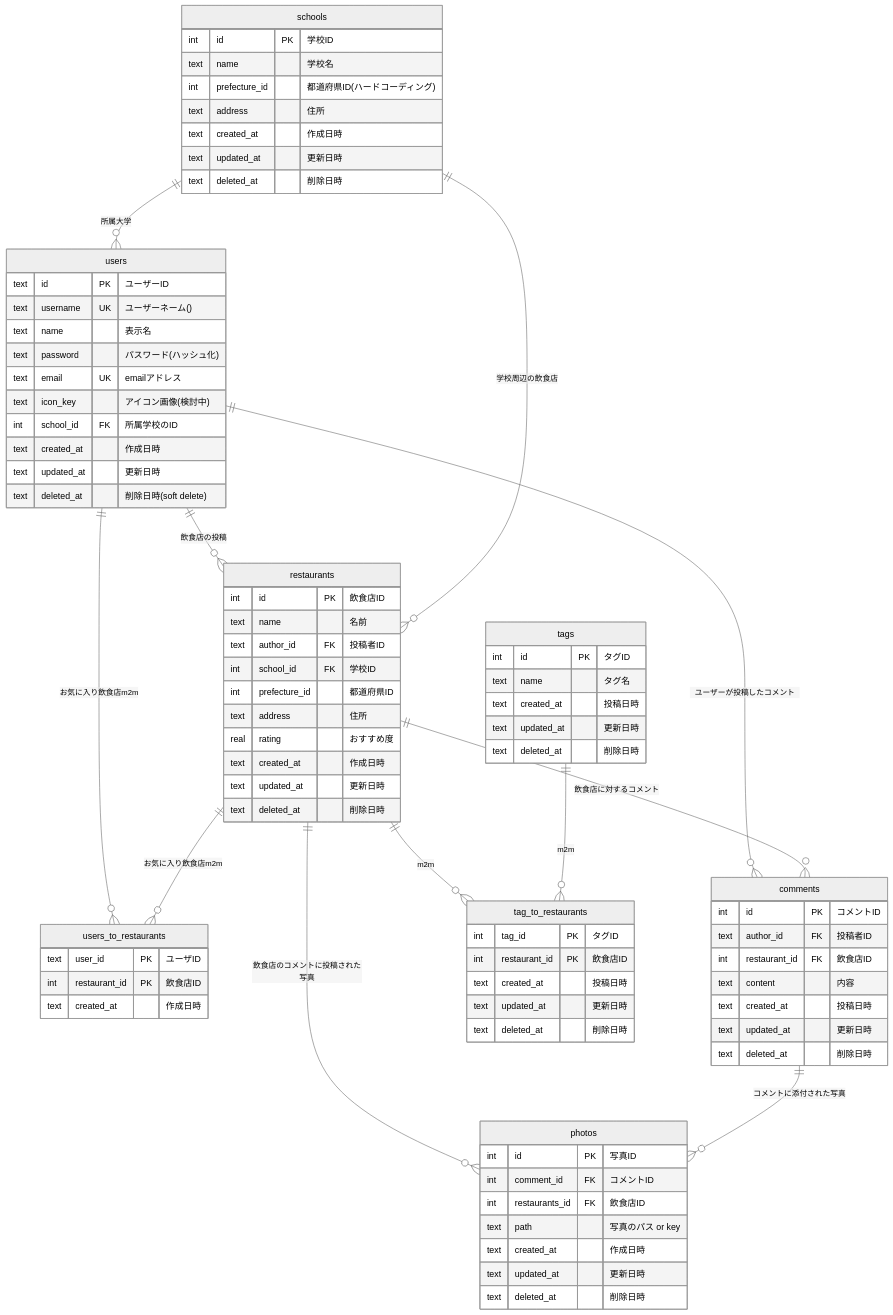
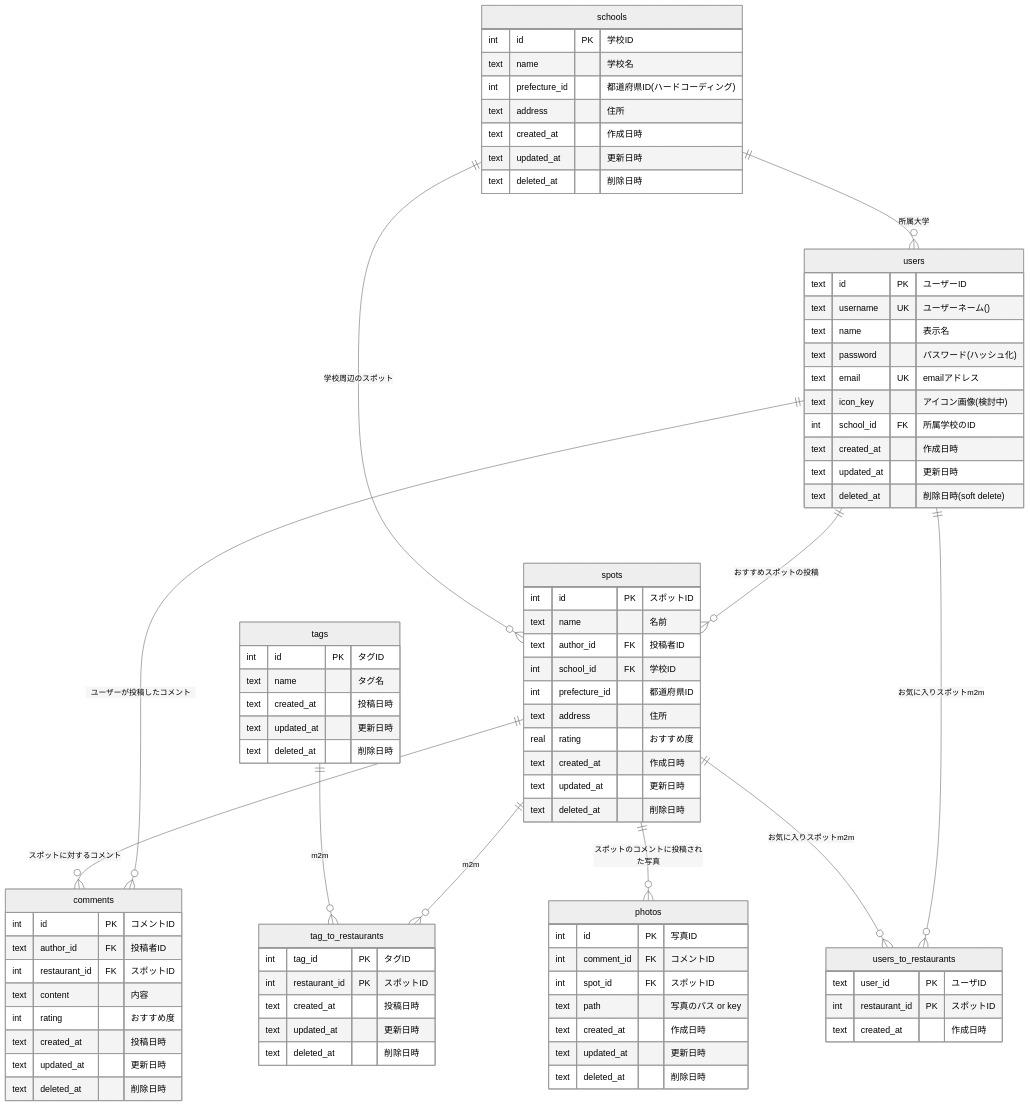
One commit to Daaaai0809/youniplaza changed the diagram in docs/ER.md. Above: the diagram before and after it, drawn with Mermaid (neutral theme). The commit also changed 11 other files, not shown here.

Commit message:
refactor: er図修正, restaurant->spotに名前変更

````diff
--- a/docs/ER.md
+++ b/docs/ER.md
@@ -28,12 +28,12 @@
 
 users_to_restaurants {
     text user_id PK "ユーザID"
-    int restaurant_id PK "飲食店ID"
+    int restaurant_id PK "スポットID"
     text created_at "作成日時"
 }
 
-restaurants {
-    int id PK "飲食店ID"
+spots {
+    int id PK "スポットID"
     text name "名前"
     text author_id FK "投稿者ID"
     int school_id FK "学校ID"
@@ -48,8 +48,9 @@
 comments { 
     int id PK "コメントID"
     text author_id FK "投稿者ID"
-    int restaurant_id FK "飲食店ID"
+    int restaurant_id FK "スポットID"
     text content "内容"
+    int rating "おすすめ度"
     text created_at "投稿日時"
     text updated_at "更新日時"
     text deleted_at "削除日時"
@@ -58,7 +59,7 @@
 photos {
     int id PK "写真ID"
     int comment_id FK "コメントID"
-    int restaurants_id FK "飲食店ID"
+    int spot_id FK "スポットID"
     text path "写真のパス or key"
     text created_at "作成日時"
     text updated_at "更新日時"
@@ -75,21 +76,20 @@
 
 tag_to_restaurants {
     int tag_id PK "タグID"
-    int restaurant_id PK "飲食店ID"
+    int restaurant_id PK "スポットID"
     text created_at "投稿日時"
     text updated_at "更新日時"
     text deleted_at "削除日時"
 }
 
-users ||--o{ restaurants : "飲食店の投稿"
+users ||--o{ spots : "おすすめスポットの投稿"
 users ||--o{ comments : "ユーザーが投稿したコメント"
-users ||--o{ users_to_restaurants : "お気に入り飲食店m2m"
-schools ||--o{ restaurants : "学校周辺の飲食店"
+users ||--o{ users_to_restaurants : "お気に入りスポットm2m"
+schools ||--o{ spots : "学校周辺のスポット"
 schools ||--o{ users : "所属大学"
-restaurants ||--o{ comments : "飲食店に対するコメント"
-restaurants ||--o{ tag_to_restaurants : "m2m"
-restaurants ||--o{ users_to_restaurants : "お気に入り飲食店m2m"
-restaurants ||--o{ photos : "飲食店のコメントに投稿された写真"
+spots ||--o{ comments : "スポットに対するコメント"
+spots ||--o{ tag_to_restaurants : "m2m"
+spots ||--o{ users_to_restaurants : "お気に入りスポットm2m"
+spots ||--o{ photos : "スポットのコメントに投稿された写真"
 tags ||--o{ tag_to_restaurants : "m2m"
-comments ||--o{ photos : "コメントに添付された写真"
 ```
````
